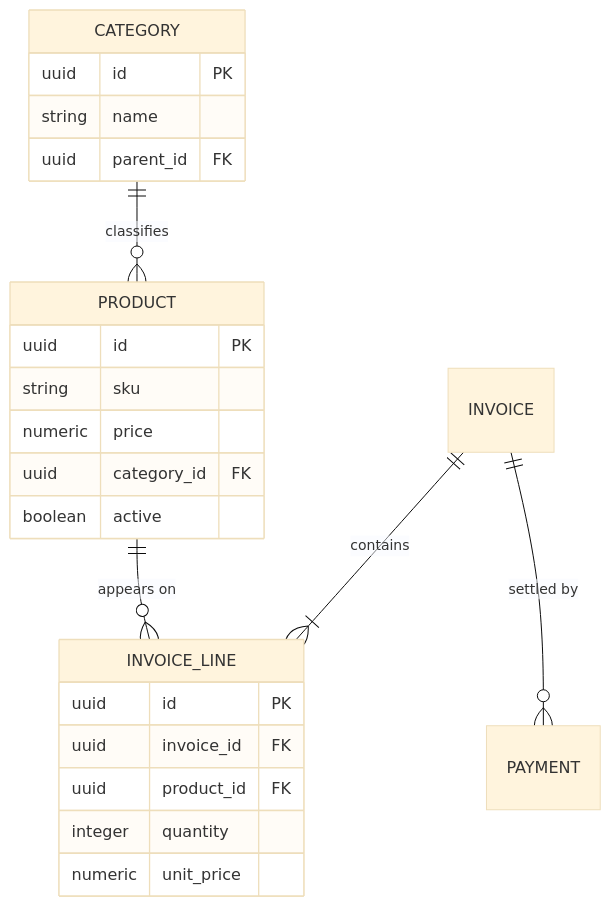
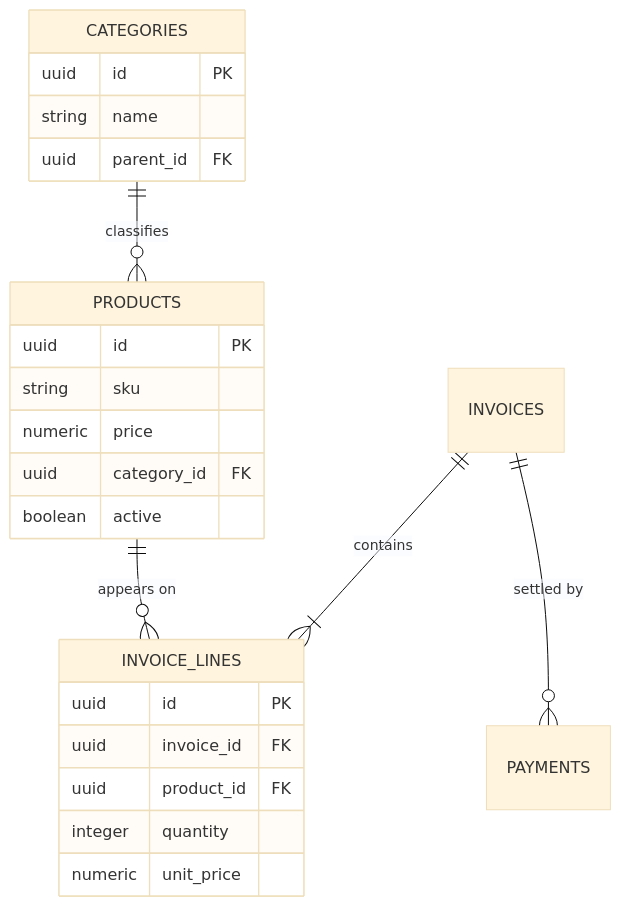
One commit to Naudi13/budget-tracker changed the diagram in docs/06-data/models.md. Above: the diagram before and after it, drawn with Mermaid (base theme). The commit also changed other lines of this file and 2 other files, not shown here.

First line of the commit message:
fix(data-api): unify table naming on plural, require product category

````diff
--- a/docs/06-data/models.md
+++ b/docs/06-data/models.md
@@ -24,26 +24,26 @@
 ```mermaid
 erDiagram
-    CATEGORY ||--o{ PRODUCT : classifies
-    PRODUCT ||--o{ INVOICE_LINE : "appears on"
-    INVOICE ||--|{ INVOICE_LINE : contains
-    INVOICE ||--o{ PAYMENT : "settled by"
-    CATEGORY {
+    CATEGORIES ||--o{ PRODUCTS : classifies
+    PRODUCTS ||--o{ INVOICE_LINES : "appears on"
+    INVOICES ||--|{ INVOICE_LINES : contains
+    INVOICES ||--o{ PAYMENTS : "settled by"
+    CATEGORIES {
         uuid id PK
         string name
         uuid parent_id FK
     }
-    PRODUCT {
+    PRODUCTS {
         uuid id PK
         string sku
         numeric price
         uuid category_id FK
         boolean active
     }
-    INVOICE_LINE {
+    INVOICE_LINES {
         uuid id PK
         uuid invoice_id FK
         uuid product_id FK
         integer quantity
         numeric unit_price
     }
 ```
````
